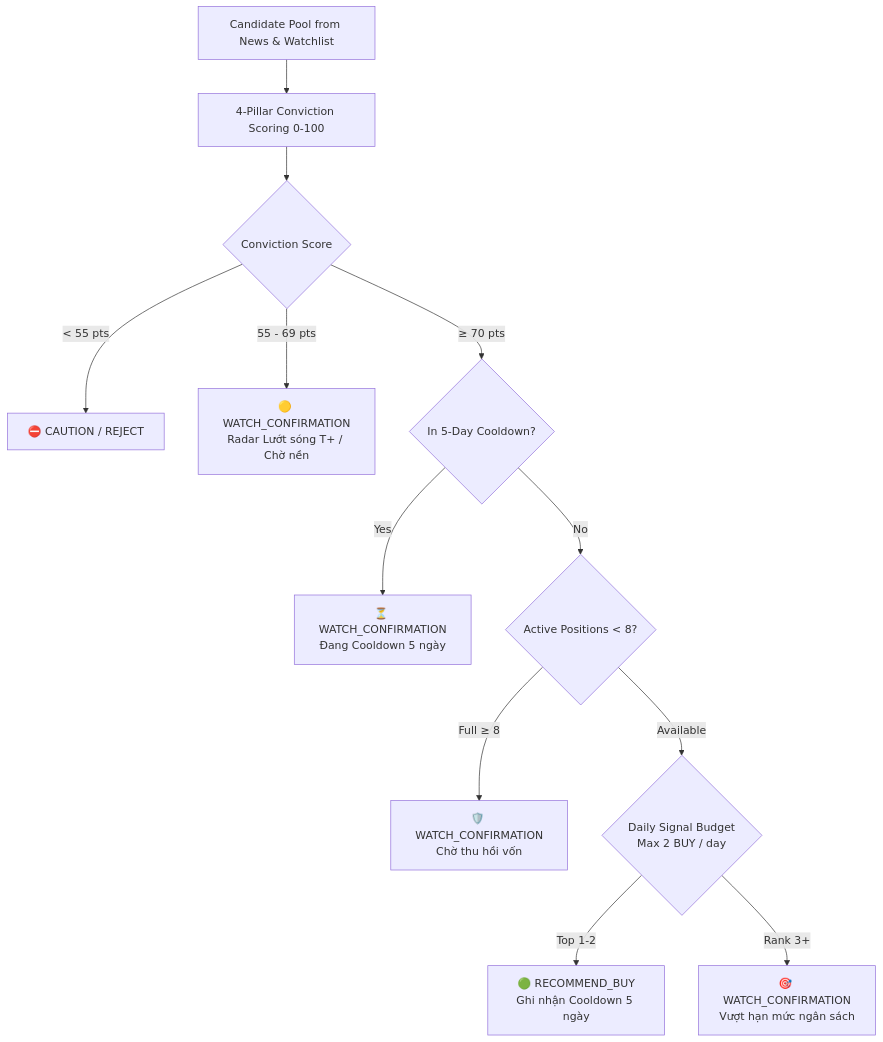
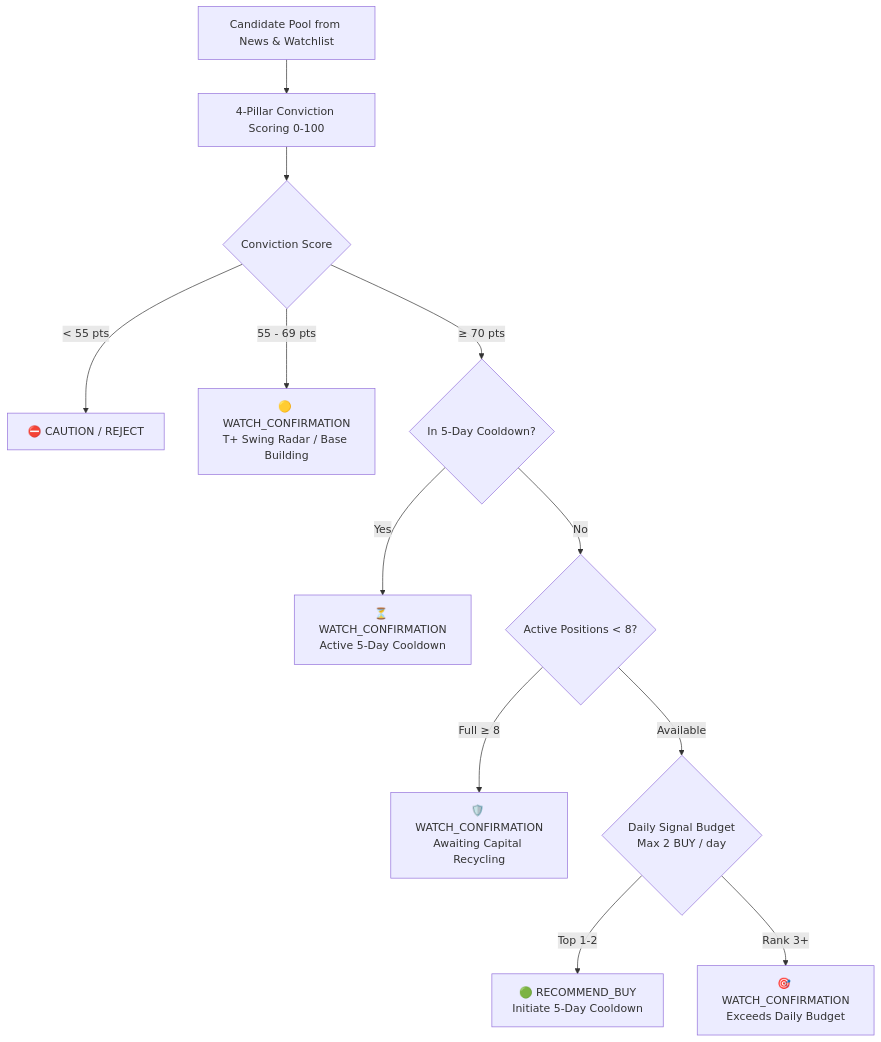
One commit to VinhTung1410/Stock-AI changed the second of 4 diagrams in README.md. Above: the diagram before and after it, drawn with Mermaid. The commit also changed other lines of this file and 14 other files, not shown here.

Commit message:
feat(quant): v4.5 Regime-First Alignment, Macro Circuit Breaker, Smart Money Flow & Drawdown Sizing (TASK-0006)

````diff
--- a/README.md
+++ b/README.md
@@ -134,18 +134,18 @@
 ```mermaid
 flowchart TD
     Candidate[Candidate Pool from News & Watchlist] --> ConvictionCalc[4-Pillar Conviction Scoring 0-100]
     ConvictionCalc --> ScoreCheck{Conviction Score}
     
     ScoreCheck -->|< 55 pts| Reject[⛔ CAUTION / REJECT]
-    ScoreCheck -->|55 - 69 pts| Watch[🟡 WATCH_CONFIRMATION<br/>Radar Lướt sóng T+ / Chờ nền]
+    ScoreCheck -->|55 - 69 pts| Watch[🟡 WATCH_CONFIRMATION<br/>T+ Swing Radar / Base Building]
     ScoreCheck -->|≥ 70 pts| CooldownCheck{In 5-Day Cooldown?}
     
-    CooldownCheck -->|Yes| CooldownDowngrade[⏳ WATCH_CONFIRMATION<br/>Đang Cooldown 5 ngày]
+    CooldownCheck -->|Yes| CooldownDowngrade[⏳ WATCH_CONFIRMATION<br/>Active 5-Day Cooldown]
     CooldownCheck -->|No| PortGuard{Active Positions < 8?}
     
-    PortGuard -->|Full ≥ 8| PortDowngrade[🛡️ WATCH_CONFIRMATION<br/>Chờ thu hồi vốn]
+    PortGuard -->|Full ≥ 8| PortDowngrade[🛡️ WATCH_CONFIRMATION<br/>Awaiting Capital Recycling]
     PortGuard -->|Available| BudgetCap{Daily Signal Budget<br/>Max 2 BUY / day}
     
-    BudgetCap -->|Top 1-2| ApprovedBUY[🟢 RECOMMEND_BUY<br/>Ghi nhận Cooldown 5 ngày]
-    BudgetCap -->|Rank 3+| OverflowWatch[🎯 WATCH_CONFIRMATION<br/>Vượt hạn mức ngân sách]
+    BudgetCap -->|Top 1-2| ApprovedBUY[🟢 RECOMMEND_BUY<br/>Initiate 5-Day Cooldown]
+    BudgetCap -->|Rank 3+| OverflowWatch[🎯 WATCH_CONFIRMATION<br/>Exceeds Daily Budget]
 ```
````
